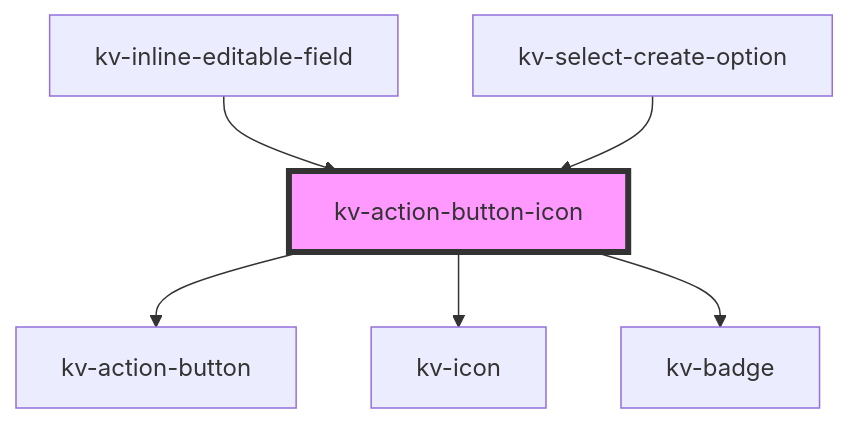
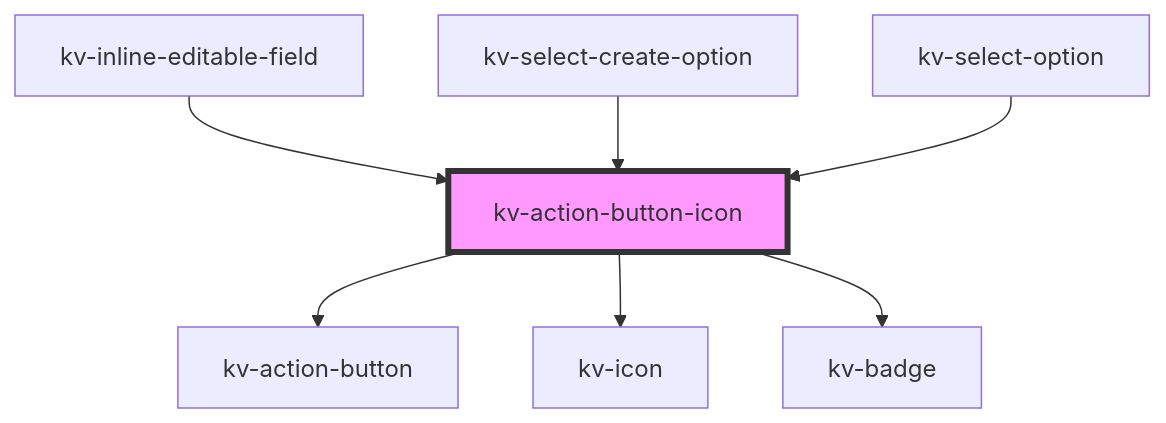
One commit to kelvininc/ui-components changed the diagram in packages/ui-components/src/components/action-button-icon/readme.md. Above: the diagram before and after it, drawn with Mermaid. The commit also changed other lines of this file and 18 other files, not shown here.

Commit message:
feat(dropdown): add action button to select option

````diff
--- a/packages/ui-components/src/components/action-button-icon/readme.md
+++ b/packages/ui-components/src/components/action-button-icon/readme.md
@@ -92,9 +93,10 @@
 ```mermaid
 graph TD;
   kv-action-button-icon --> kv-action-button
   kv-action-button-icon --> kv-icon
   kv-action-button-icon --> kv-badge
   kv-inline-editable-field --> kv-action-button-icon
   kv-select-create-option --> kv-action-button-icon
+  kv-select-option --> kv-action-button-icon
   style kv-action-button-icon fill:#f9f,stroke:#333,stroke-width:4px
 ```
````
